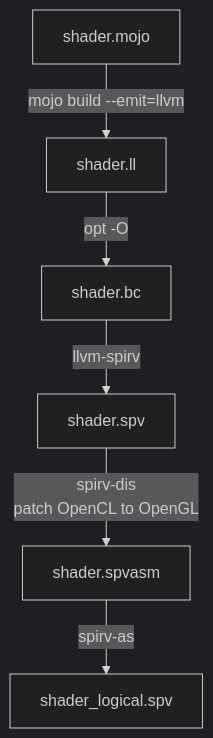
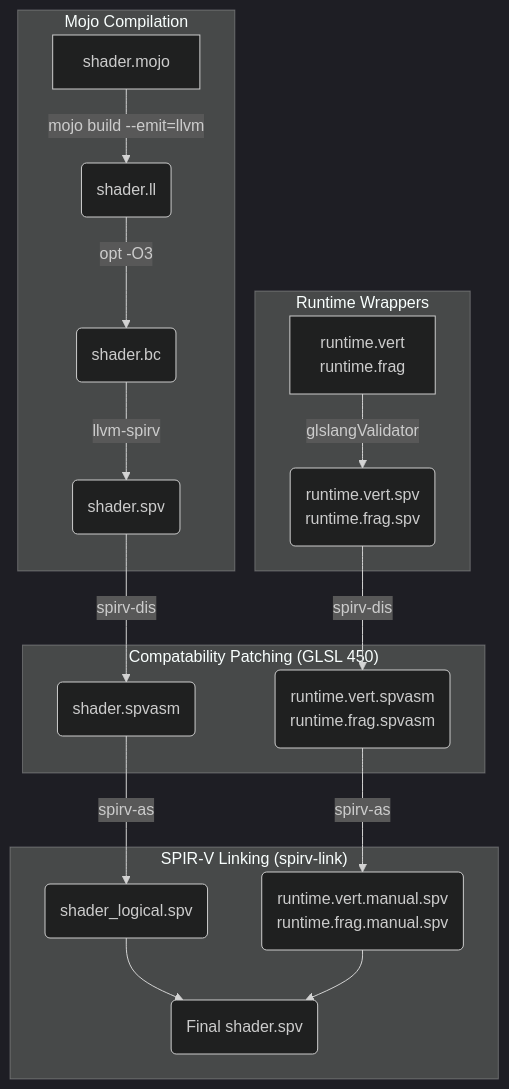
The diagram in tachyon-sdk-mojo/README.md (annhilati/tachyon), drawn with Mermaid (dark theme) before and after one commit. The commit also changed 8 other files, not shown here.

````diff
--- a/tachyon-sdk-mojo/README.md
+++ b/tachyon-sdk-mojo/README.md
@@ -3,8 +3,24 @@
 ```mermaid
 flowchart TD
-    shader.mojo -->|mojo build --emit=llvm| shader.ll
-    shader.ll -->|opt -O| shader.bc
-    shader.bc -->|llvm-spirv| shader.spv
-    shader.spv -->|spirv-dis<br>patch OpenCL to OpenGL| shader.spvasm
-    shader.spvasm -->|spirv-as| shader_logical.spv
+    subgraph Mojo Pipeline ["Mojo Compilation"]
+        M1[shader.mojo] -->|mojo build --emit=llvm| M2(shader.ll)
+        M2 -->|opt -O3| M3(shader.bc)
+        M3 -->|llvm-spirv| M4(shader.spv)
+    end
+
+    subgraph Runtime ["Runtime Wrappers"]
+        R1[runtime.vert<br>runtime.frag] -->|glslangValidator| R2(runtime.vert.spv<br>runtime.frag.spv)
+    end
+
+    subgraph Patching ["Compatability Patching (GLSL 450)"]
+        M4 -->|spirv-dis| P1(shader.spvasm)
+        R2 -->|spirv-dis| R3(runtime.vert.spvasm<br>runtime.frag.spvasm)
+    end
+    
+    subgraph Linker ["SPIR-V Linking (spirv-link)"]
+        P1 -->|spirv-as| L1(shader_logical.spv)
+        R3 -->|spirv-as| L2(runtime.vert.manual.spv<br>runtime.frag.manual.spv)
+        L1 --> LF(Final shader.spv)
+        L2 --> LF
+    end
 ```
````
